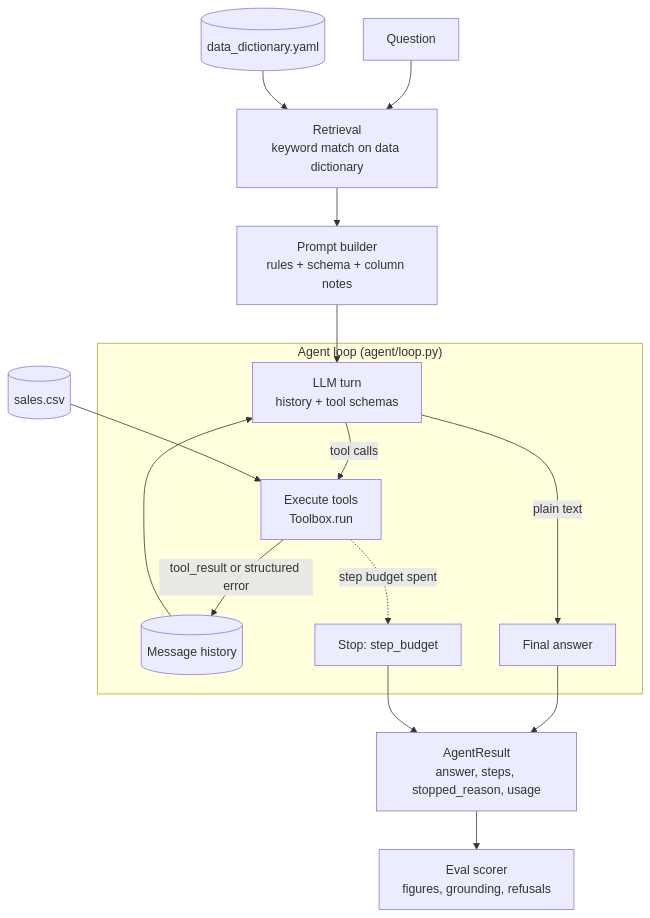
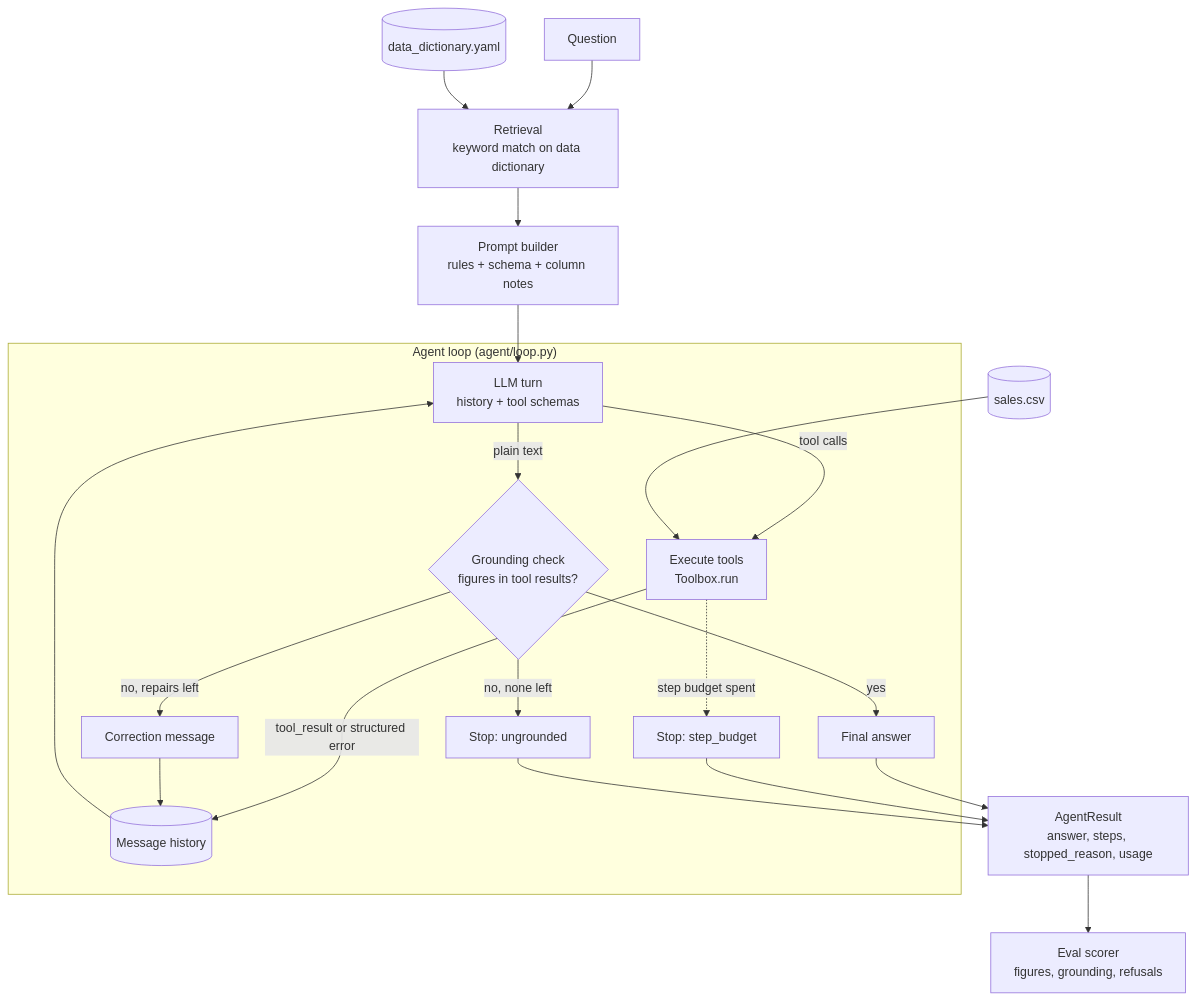
One commit to Churmann/Data-Analyst-Agent changed the diagram in README.md. Above: the diagram before and after it, drawn with Mermaid. The commit also changed other lines of this file and 6 other files, not shown here.

First line of the commit message:
Add runtime grounding check: verify answer figures against tool results

````diff
--- a/README.md
+++ b/README.md
@@ -43,20 +43,24 @@
 ```mermaid
 flowchart TD
     Q[Question] --> R[Retrieval<br/>keyword match on data dictionary]
     DD[(data_dictionary.yaml)] --> R
     R --> P[Prompt builder<br/>rules + schema + column notes]
     P --> L
 
     subgraph Loop["Agent loop (agent/loop.py)"]
         L[LLM turn<br/>history + tool schemas] -->|tool calls| X[Execute tools<br/>Toolbox.run]
         X -->|tool_result or structured error| H[(Message history)]
         H --> L
-        L -->|plain text| A[Final answer]
+        L -->|plain text| G{Grounding check<br/>figures in tool results?}
+        G -->|yes| A[Final answer]
+        G -->|no, repairs left| C[Correction message] --> H
+        G -->|no, none left| U[Stop: ungrounded]
         X -.->|step budget spent| S[Stop: step_budget]
     end
 
     CSV[(sales.csv)] --> X
     A --> RES[AgentResult<br/>answer, steps, stopped_reason, usage]
     S --> RES
+    U --> RES
     RES --> E[Eval scorer<br/>figures, grounding, refusals]
 ```
````
